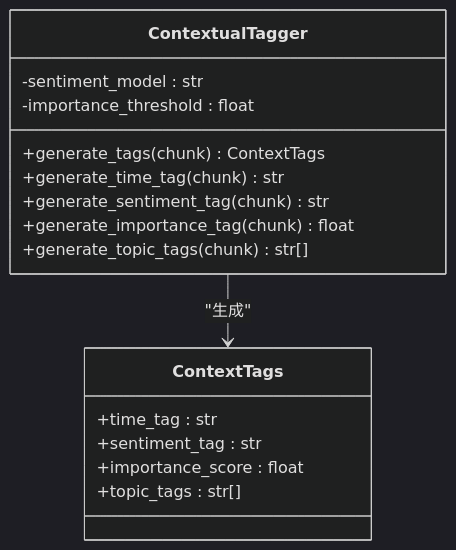
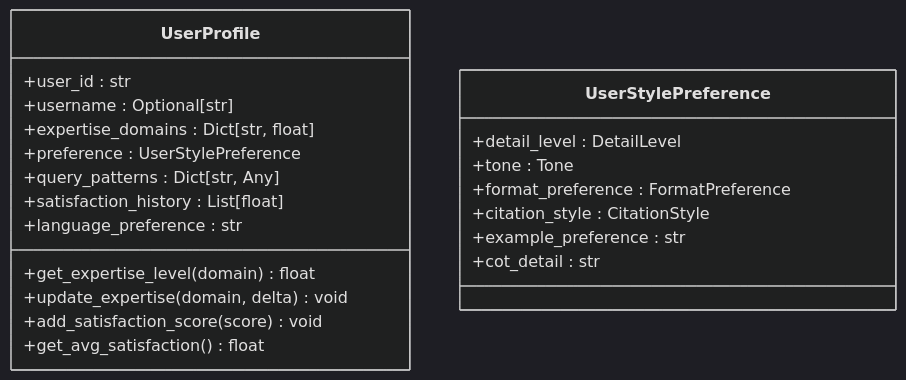
One commit to JieGaoPrinceton/NecoRAG changed the sixth of 7 diagrams in .qoder/repowiki/zh/content/感知引擎模块/感知引擎模块.md. Above: the diagram before and after it, drawn with Mermaid (dark theme). The commit also changed other lines of this file and 82 other files, not shown here.

````diff
--- a/.qoder/repowiki/zh/content/感知引擎模块/感知引擎模块.md
+++ b/.qoder/repowiki/zh/content/感知引擎模块/感知引擎模块.md
@@ -255,19 +265,24 @@
 ```mermaid
 classDiagram
-class ContextualTagger {
-+generate_tags(chunk) ContextTags
-+generate_time_tag(chunk) str
-+generate_sentiment_tag(chunk) str
-+generate_importance_tag(chunk) float
-+generate_topic_tags(chunk) str[]
--sentiment_model : str
--importance_threshold : float
+class UserProfile {
++user_id : str
++username : Optional[str]
++expertise_domains : Dict[str, float]
++preference : UserStylePreference
++query_patterns : Dict[str, Any]
++satisfaction_history : List[float]
++language_preference : str
++get_expertise_level(domain) float
++update_expertise(domain, delta) void
++add_satisfaction_score(score) void
++get_avg_satisfaction() float
 }
-class ContextTags {
-+time_tag : str
-+sentiment_tag : str
-+importance_score : float
-+topic_tags : str[]
+class UserStylePreference {
++detail_level : DetailLevel
++tone : Tone
++format_preference : FormatPreference
++citation_style : CitationStyle
++example_preference : str
++cot_detail : str
 }
-ContextualTagger --> ContextTags : "生成"
 ```
````
